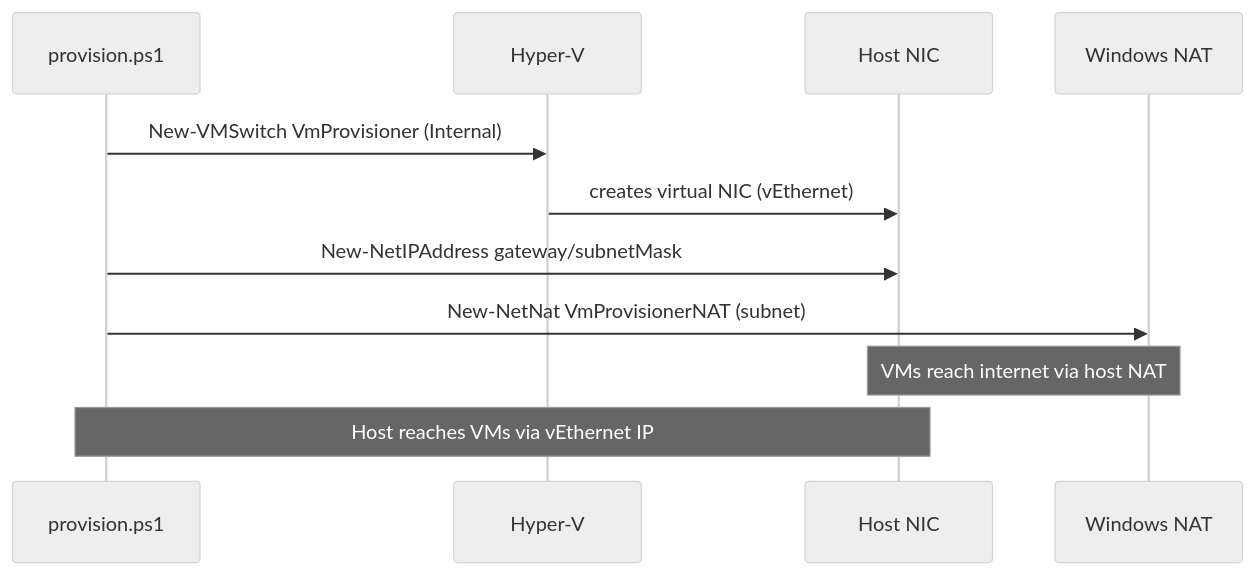
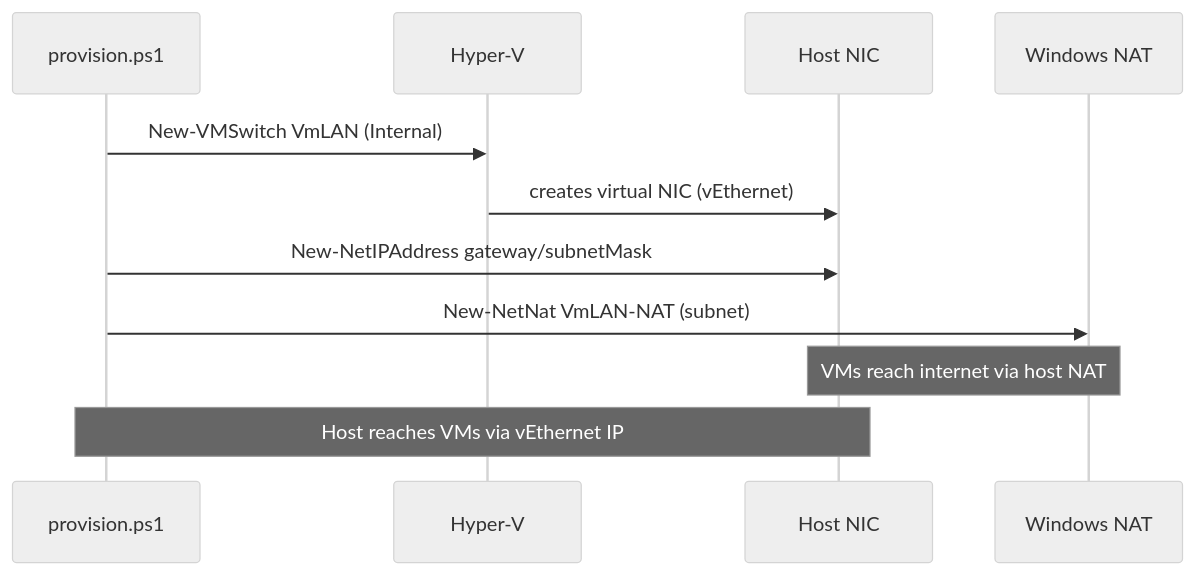
Before and after one commit to VitaliiAndreev/Infrastructure-Vm-Provisioner: the fifth of 7 diagrams in docs/dev/implementation/01 - initial implementation/plan.md, drawn with Mermaid (neutral theme). The commit also changed other lines of this file and 2 other files, not shown here.

Commit message:
feature: create internal switch

````diff
--- a/docs/dev/implementation/01 - initial implementation/plan.md
+++ b/docs/dev/implementation/01 - initial implementation/plan.md
@@ -173,14 +173,14 @@
 ```mermaid
 sequenceDiagram
     participant P as provision.ps1
     participant HV as Hyper-V
     participant Host as Host NIC
     participant NAT as Windows NAT
 
-    P->>HV: New-VMSwitch VmProvisioner (Internal)
+    P->>HV: New-VMSwitch VmLAN (Internal)
     HV->>Host: creates virtual NIC (vEthernet)
     P->>Host: New-NetIPAddress gateway/subnetMask
-    P->>NAT: New-NetNat VmProvisionerNAT (subnet)
+    P->>NAT: New-NetNat VmLAN-NAT (subnet)
     Note over Host,NAT: VMs reach internet via host NAT
     Note over P,Host: Host reaches VMs via vEthernet IP
 ```
````
